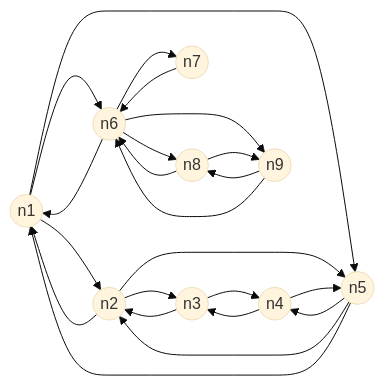
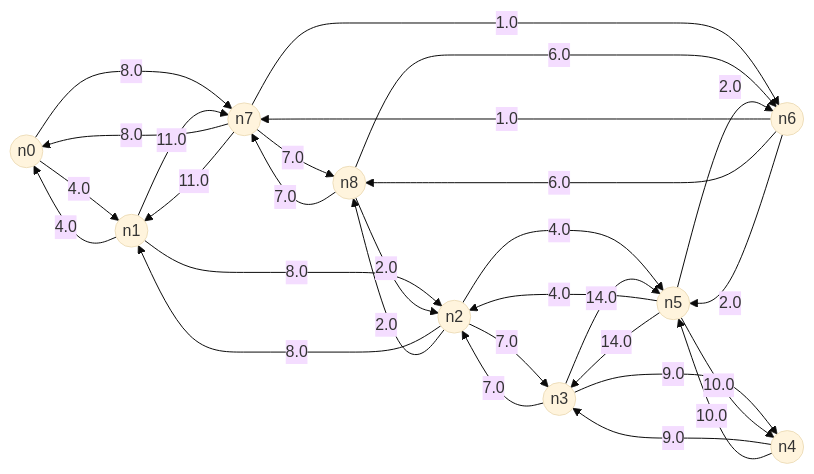
Before and after one commit to ZHJ-FSLife/FSAlgo: the diagram in FSAlgo-case/GraphView.md, drawn with Mermaid (base theme). The commit also changed other lines of this file and 2 other files, not shown here.

````diff
--- a/FSAlgo-case/GraphView.md
+++ b/FSAlgo-case/GraphView.md
@@ -22,21 +1,40 @@
 ```mermaid
 graph LR
+n0((n0))
 n1((n1))
+n7((n7))
 n2((n2))
+n8((n8))
 n6((n6))
 n3((n3))
+n5((n5))
 n4((n4))
-n5((n5))
-n7((n7))
-n8((n8))
-n9((n9))
-n1-->n2 & n6 & n5
-n2-->n1 & n3 & n5
-n6-->n1 & n7 & n8 & n9
-n3-->n2 & n4
-n4-->n3 & n5
-n5-->n4 & n2 & n1
-n7-->n6
-n8-->n6 & n9
-n9-->n8 & n6
+n0-->|4.0| n1
+n0-->|8.0| n7
+n1-->|4.0| n0
+n1-->|11.0| n7
+n1-->|8.0| n2
+n7-->|8.0| n0
+n7-->|11.0| n1
+n7-->|7.0| n8
+n7-->|1.0| n6
+n2-->|8.0| n1
+n2-->|7.0| n3
+n2-->|2.0| n8
+n2-->|4.0| n5
+n8-->|7.0| n7
+n8-->|2.0| n2
+n8-->|6.0| n6
+n6-->|1.0| n7
+n6-->|6.0| n8
+n6-->|2.0| n5
+n3-->|7.0| n2
+n3-->|14.0| n5
+n3-->|9.0| n4
+n5-->|4.0| n2
+n5-->|2.0| n6
+n5-->|14.0| n3
+n5-->|10.0| n4
+n4-->|9.0| n3
+n4-->|10.0| n5
 ```
````
